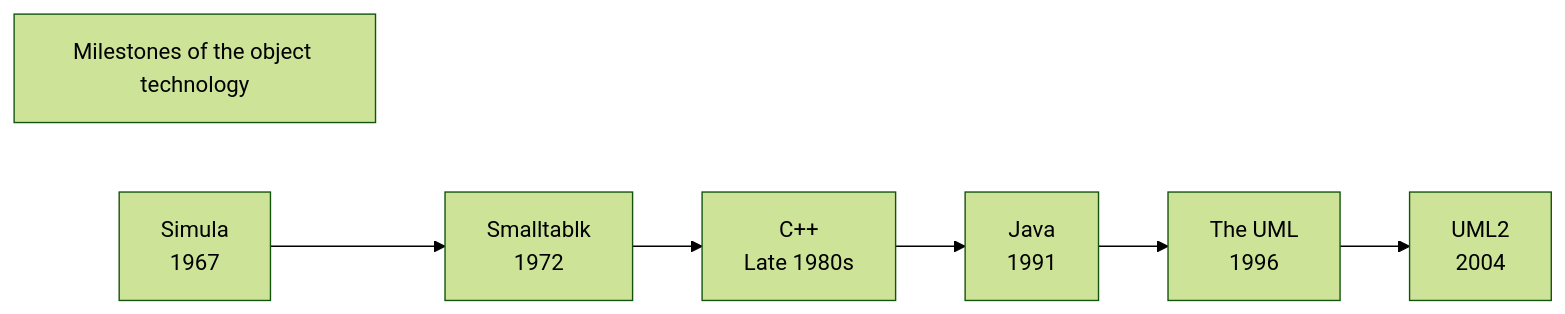
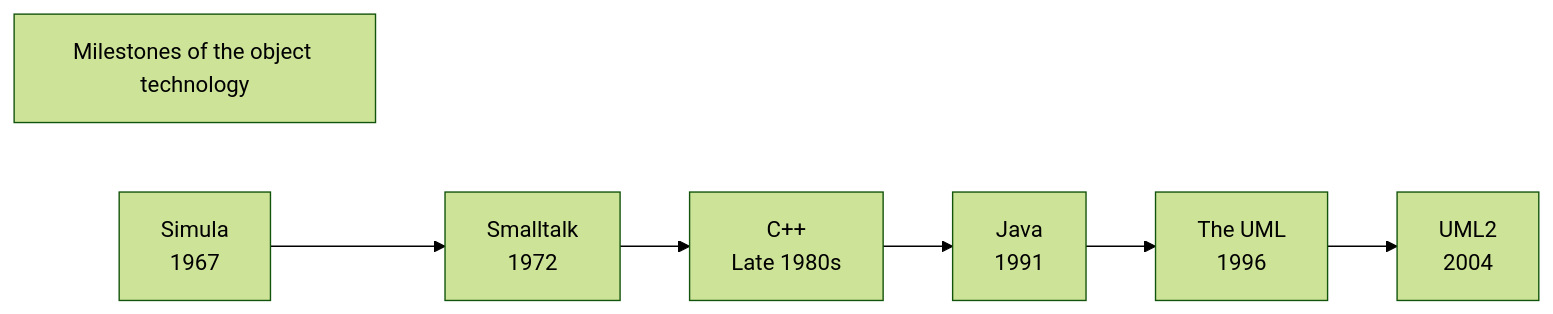
The first of 2 diagrams in beca_notes/HUST/2022.1/OOP/1. Intro.md (becacabe2002/Obs_notes), drawn with Mermaid (forest theme) before and after one commit. The commit also changed 162 other files, not shown here.

````diff
--- a/beca_notes/HUST/2022.1/OOP/1. Intro.md
+++ b/beca_notes/HUST/2022.1/OOP/1. Intro.md
@@ -29,5 +29,5 @@
 ```mermaid
 graph LR
 	title[Milestones of the object technology]
-	O1[Simula <br> 1967] --> O2[Smalltablk <br> 1972] --> O3[C++ <br> Late 1980s] --> O4[Java <br> 1991] --> O5[The UML <br> 1996] --> O6[UML2 <br> 2004]
+	O1[Simula <br> 1967] --> O2[Smalltalk <br> 1972] --> O3[C++ <br> Late 1980s] --> O4[Java <br> 1991] --> O5[The UML <br> 1996] --> O6[UML2 <br> 2004]
 ```
````
